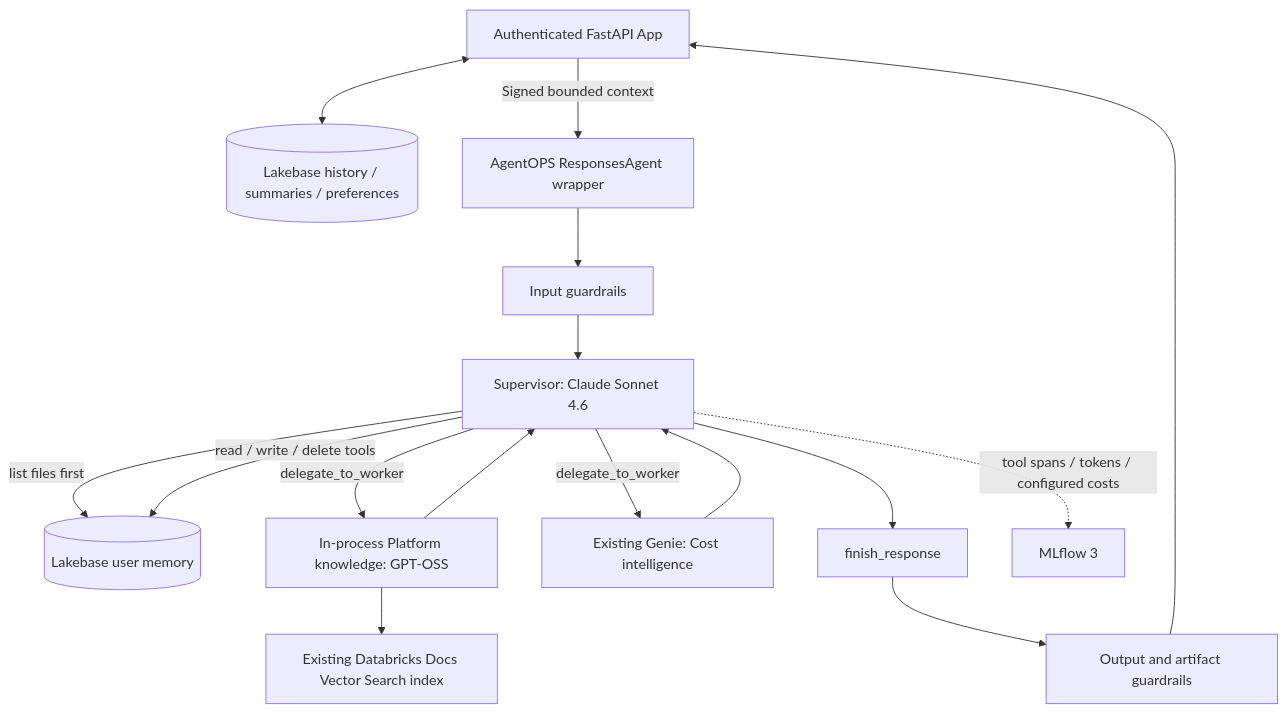
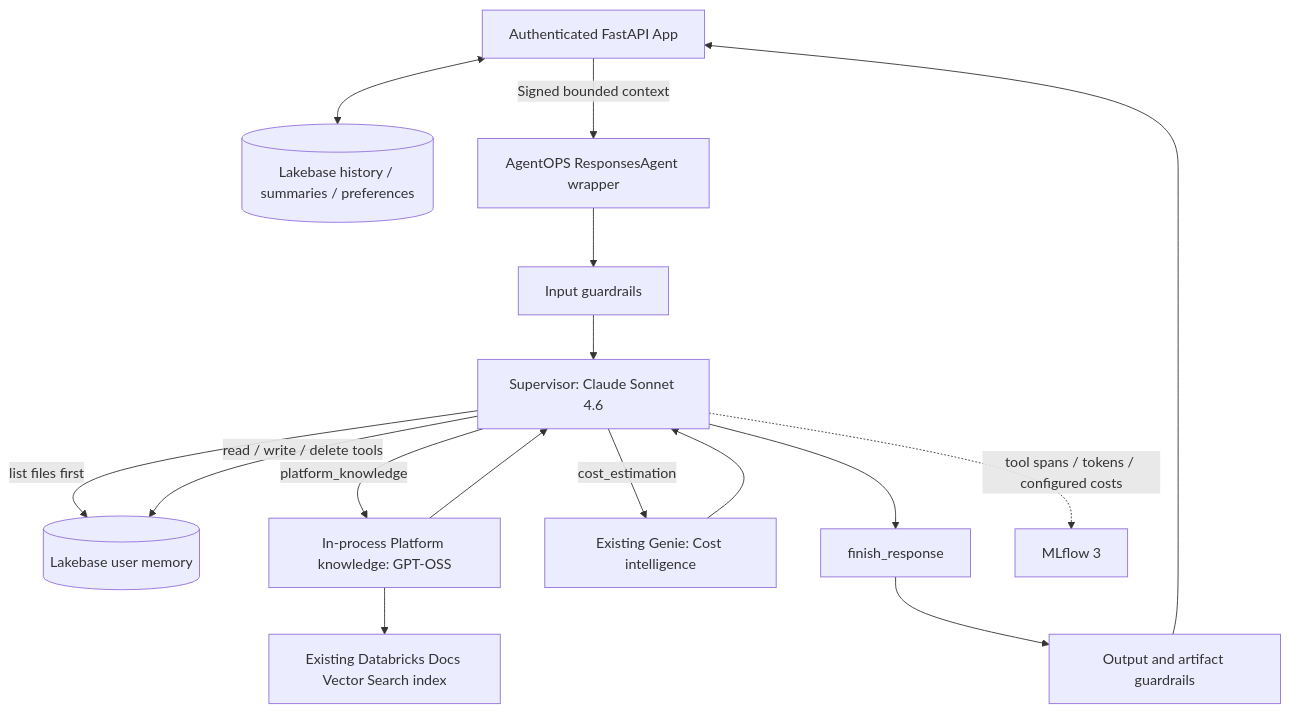
One commit to Narendra9999/Agentops-service changed the diagram in src/teams/platform-intelligence/README.md. Above: the diagram before and after it, drawn with Mermaid. The commit also changed other lines of this file and 21 other files, not shown here.

````diff
--- a/src/teams/platform-intelligence/README.md
+++ b/src/teams/platform-intelligence/README.md
@@ -10,18 +10,18 @@
 ```mermaid
 flowchart TD
     UI[Authenticated FastAPI App] <--> H[(Lakebase history / summaries / preferences)]
     UI -->|Signed bounded context| A[AgentOPS ResponsesAgent wrapper]
     A --> G[Input guardrails]
     G --> S[Supervisor: Claude Sonnet 4.6]
     S -->|list files first| M[(Lakebase user memory)]
     S -->|read / write / delete tools| M
-    S -->|delegate_to_worker| K[In-process Platform knowledge: GPT-OSS]
+    S -->|platform_knowledge| K[In-process Platform knowledge: GPT-OSS]
     K --> V[Existing Databricks Docs Vector Search index]
-    S -->|delegate_to_worker| C[Existing Genie: Cost intelligence]
+    S -->|cost_estimation| C[Existing Genie: Cost intelligence]
     K --> S
     C --> S
     S --> F[finish_response]
     F --> P[Output and artifact guardrails]
     P --> UI
     S -. tool spans / tokens / configured costs .-> T[MLflow 3]
 ```
````
